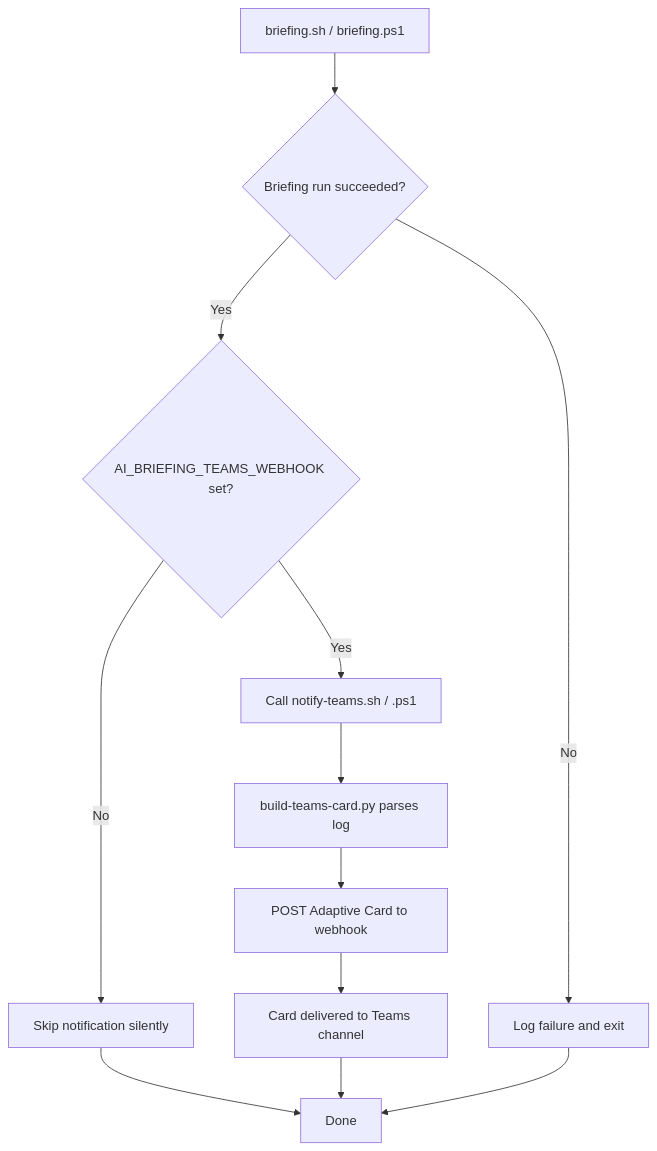
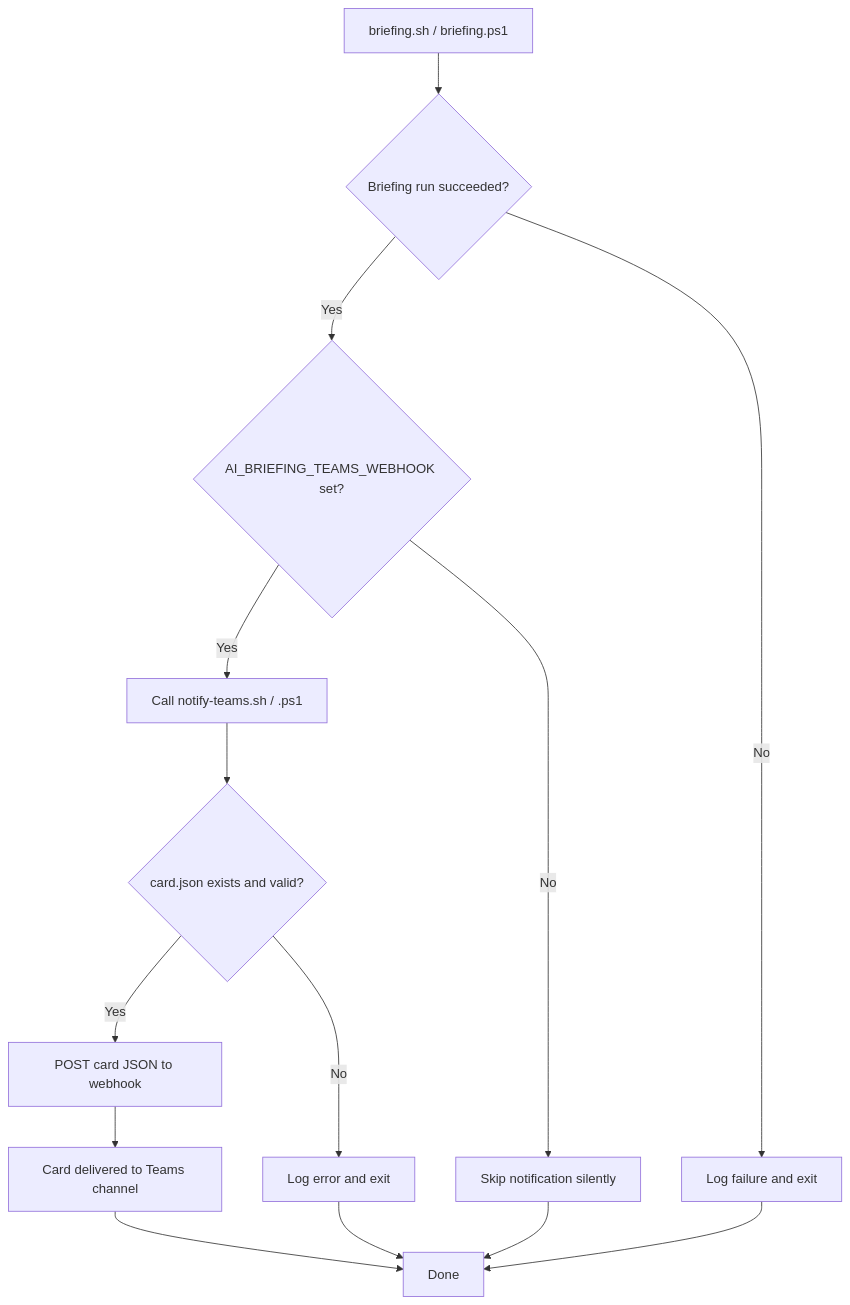
One commit to hoangsonww/ai-news-briefing changed the fourth of 4 diagrams in NOTIFY_TEAMS.md. Above: the diagram before and after it, drawn with Mermaid. The commit also changed other lines of this file and 8 other files, not shown here.

````diff
--- a/NOTIFY_TEAMS.md
+++ b/NOTIFY_TEAMS.md
@@ -431,14 +442,16 @@
 ```mermaid
 flowchart TD
     A[briefing.sh / briefing.ps1] --> B{Briefing run succeeded?}
     B -->|Yes| C{AI_BRIEFING_TEAMS_WEBHOOK set?}
     B -->|No| D[Log failure and exit]
     C -->|Yes| E[Call notify-teams.sh / .ps1]
     C -->|No| F[Skip notification silently]
-    E --> G[build-teams-card.py parses log]
-    G --> H[POST Adaptive Card to webhook]
-    H --> I[Card delivered to Teams channel]
-    F --> J[Done]
-    I --> J
-    D --> J
+    E --> G{card.json exists and valid?}
+    G -->|Yes| H[POST card JSON to webhook]
+    G -->|No| I[Log error and exit]
+    H --> J[Card delivered to Teams channel]
+    F --> K[Done]
+    J --> K
+    D --> K
+    I --> K
 ```
````
